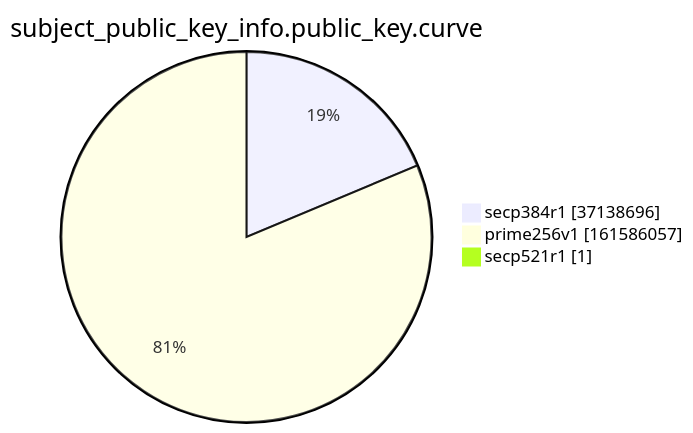
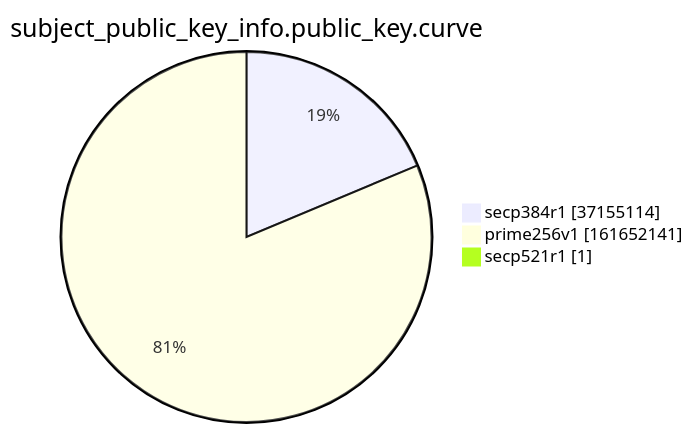
One commit to christiankrug/ctmonitor_visualization changed the ninth of 15 diagrams in argon2022/README.md. Above: the diagram before and after it, drawn with Mermaid. The commit also changed other lines of this file, not shown here.

````diff
--- a/argon2022/README.md
+++ b/argon2022/README.md
@@ -2766,7 +2766,7 @@
 ```mermaid
 pie showData
 title subject_public_key_info.public_key.curve
-"secp384r1" :37138696
-"prime256v1" :161586057
+"secp384r1" :37155114
+"prime256v1" :161652141
 "secp521r1" :1
 ```
````
